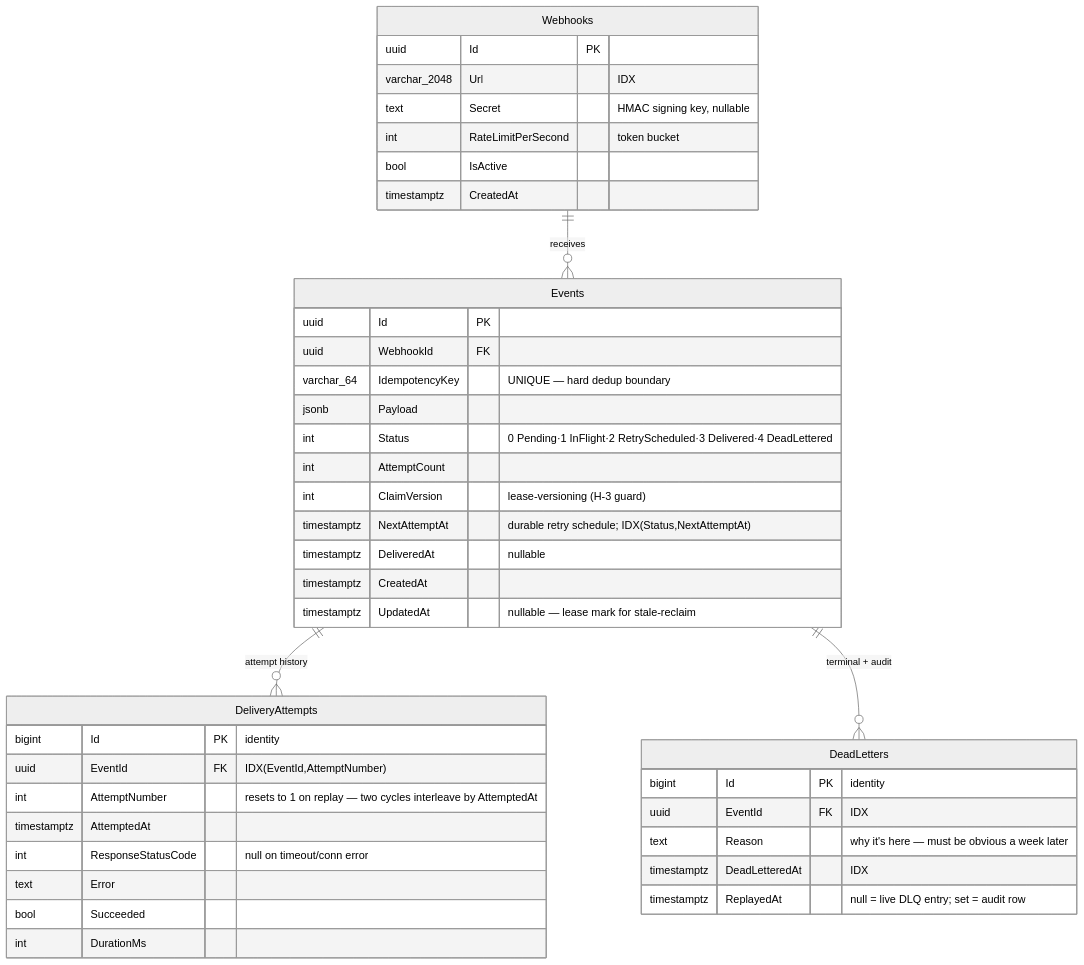
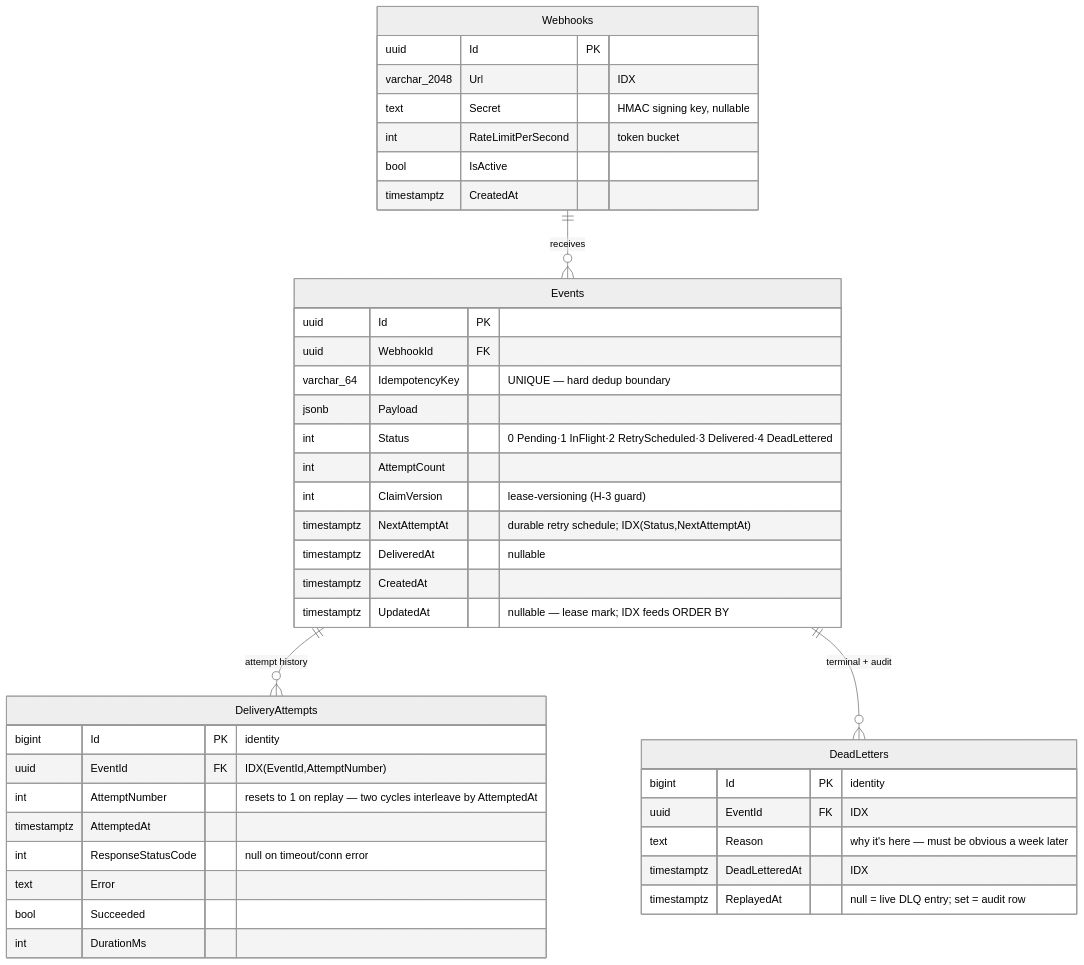
Before and after one commit to ezpectus/webhook-engine: the diagram in docs/diagrams/mmd/db.mmd, drawn with Mermaid (neutral theme). The commit also changed 5 other files, not shown here.

First line of the commit message:
Complexity docs + diagram sync

```diff
--- a/docs/diagrams/mmd/db.mmd
+++ b/docs/diagrams/mmd/db.mmd
@@ -1,46 +1,46 @@
 erDiagram
     Webhooks ||--o{ Events : "receives"
     Events ||--o{ DeliveryAttempts : "attempt history"
     Events ||--o{ DeadLetters : "terminal + audit"
 
     Webhooks {
         uuid Id PK
         varchar_2048 Url "IDX"
         text Secret "HMAC signing key, nullable"
         int RateLimitPerSecond "token bucket"
         bool IsActive
         timestamptz CreatedAt
     }
 
     Events {
         uuid Id PK
         uuid WebhookId FK
         varchar_64 IdempotencyKey "UNIQUE — hard dedup boundary"
         jsonb Payload
         int Status "0 Pending·1 InFlight·2 RetryScheduled·3 Delivered·4 DeadLettered"
         int AttemptCount
         int ClaimVersion "lease-versioning (H-3 guard)"
         timestamptz NextAttemptAt "durable retry schedule; IDX(Status,NextAttemptAt)"
         timestamptz DeliveredAt "nullable"
         timestamptz CreatedAt
-        timestamptz UpdatedAt "nullable — lease mark for stale-reclaim"
+        timestamptz UpdatedAt "nullable — lease mark; IDX feeds ORDER BY"
     }
 
     DeliveryAttempts {
         bigint Id PK "identity"
         uuid EventId FK "IDX(EventId,AttemptNumber)"
         int AttemptNumber "resets to 1 on replay — two cycles interleave by AttemptedAt"
         timestamptz AttemptedAt
         int ResponseStatusCode "null on timeout/conn error"
         text Error
         bool Succeeded
         int DurationMs
     }
 
     DeadLetters {
         bigint Id PK "identity"
         uuid EventId FK "IDX"
         text Reason "why it's here — must be obvious a week later"
         timestamptz DeadLetteredAt "IDX"
         timestamptz ReplayedAt "null = live DLQ entry; set = audit row"
     }
```
